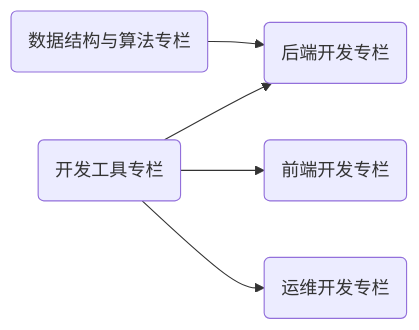
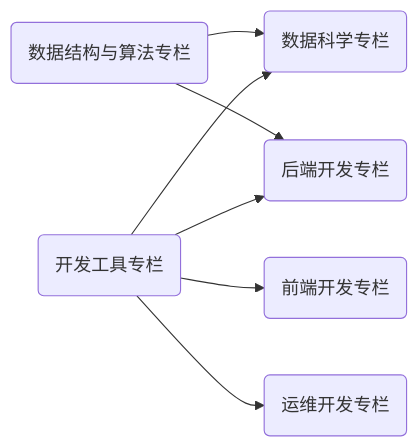
Before and after one commit to Explorer-Dong/explorer-dong.github.io: the second of 2 diagrams in README.md, drawn with Mermaid. The commit also changed other lines of this file and 3 other files, not shown here.

````diff
--- a/README.md
+++ b/README.md
@@ -59,13 +64,14 @@
 ```mermaid
 graph LR
-  %% 实体定义
-  algo(数据结构与算法专栏)
-  dev_tools(开发工具专栏)
-  fe(前端开发专栏)
-  be(后端开发专栏)
-  dev_ops(运维开发专栏)
-  
-  %% 关系定义
-  algo --> be
-  dev_tools --> fe & be & dev_ops
+    %% 实体定义
+    data_science(数据科学专栏)
+    ds_and_algo(数据结构与算法专栏)
+    dev_tools(开发工具专栏)
+    front_end(前端开发专栏)
+    back_end(后端开发专栏)
+    dev_ops(运维开发专栏)
+
+    %% 关系定义
+    ds_and_algo --> data_science & back_end
+    dev_tools --> front_end & back_end & dev_ops & data_science
 ```
````
